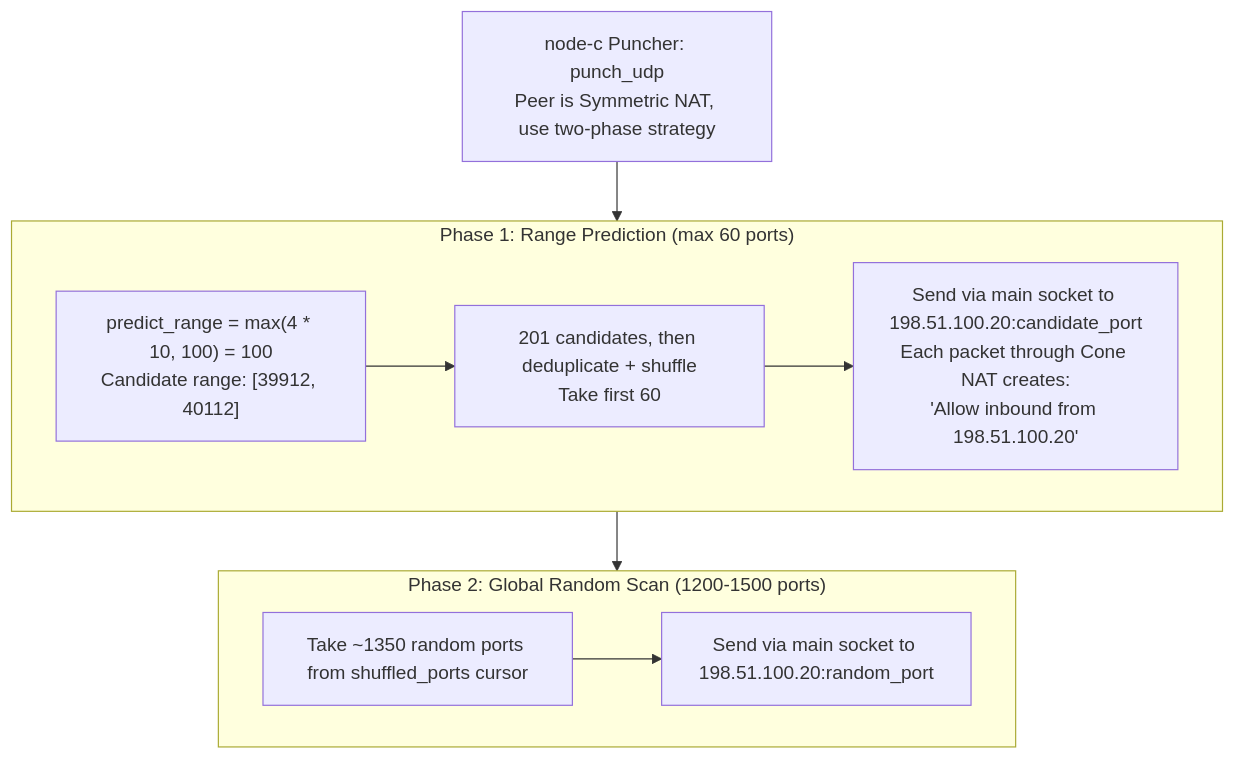
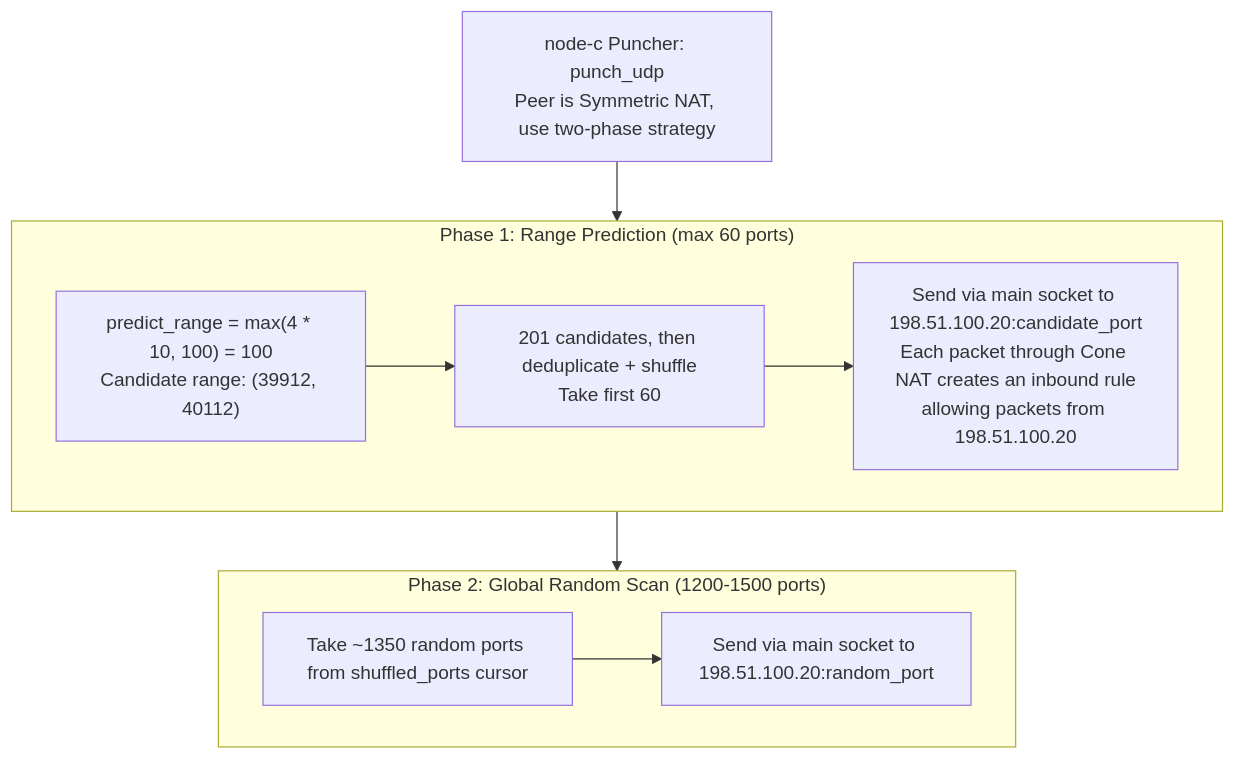
One commit to rustp2p/rustp2p changed diagram 18 of 27 in docs/nat-punch-principles.md. Above: the diagram before and after it, drawn with Mermaid. The commit also changed other lines of this file, not shown here.

Commit message:
docs: fix remaining mermaid rendering errors in sections 5.3, 6, and 8

````diff
--- a/docs/nat-punch-principles.md
+++ b/docs/nat-punch-principles.md
@@ -592,21 +596,21 @@
 ```mermaid
 flowchart TD
     START["node-c Puncher: punch_udp<br/>Peer is Symmetric NAT, use two-phase strategy"]
 
     subgraph P1["Phase 1: Range Prediction (max 60 ports)"]
-        P1A["predict_range = max(4 * 10, 100) = 100<br/>Candidate range: [39912, 40112]"]
+        P1A["predict_range = max(4 * 10, 100) = 100<br/>Candidate range: (39912, 40112)"]
         P1B["201 candidates, then deduplicate + shuffle<br/>Take first 60"]
-        P1C["Send via main socket to 198.51.100.20:candidate_port<br/>Each packet through Cone NAT creates:<br/>'Allow inbound from 198.51.100.20'"]
+        P1C["Send via main socket to 198.51.100.20:candidate_port<br/>Each packet through Cone NAT creates an inbound rule<br/>allowing packets from 198.51.100.20"]
         P1A --> P1B
         P1B --> P1C
     end
 
     subgraph P2["Phase 2: Global Random Scan (1200-1500 ports)"]
         P2A["Take ~1350 random ports from shuffled_ports cursor"]
         P2B["Send via main socket to 198.51.100.20:random_port"]
         P2A --> P2B
     end
 
     START --> P1
     P1 --> P2
 ```
````
